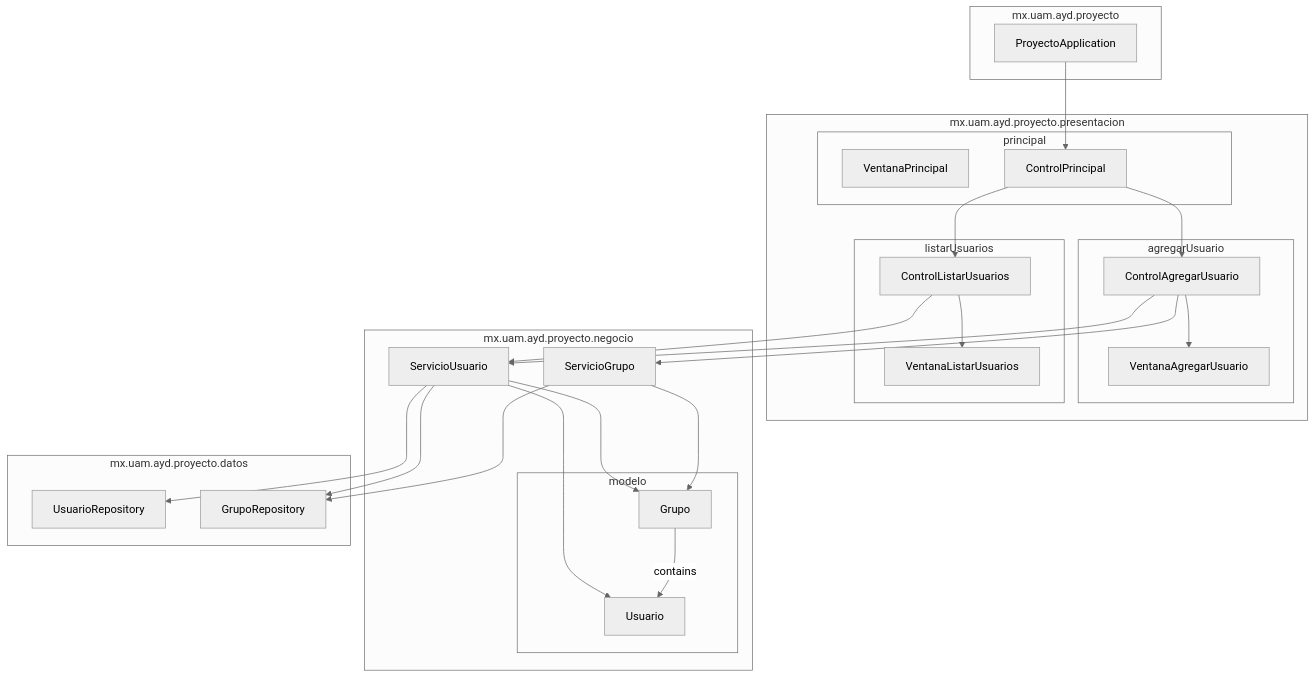
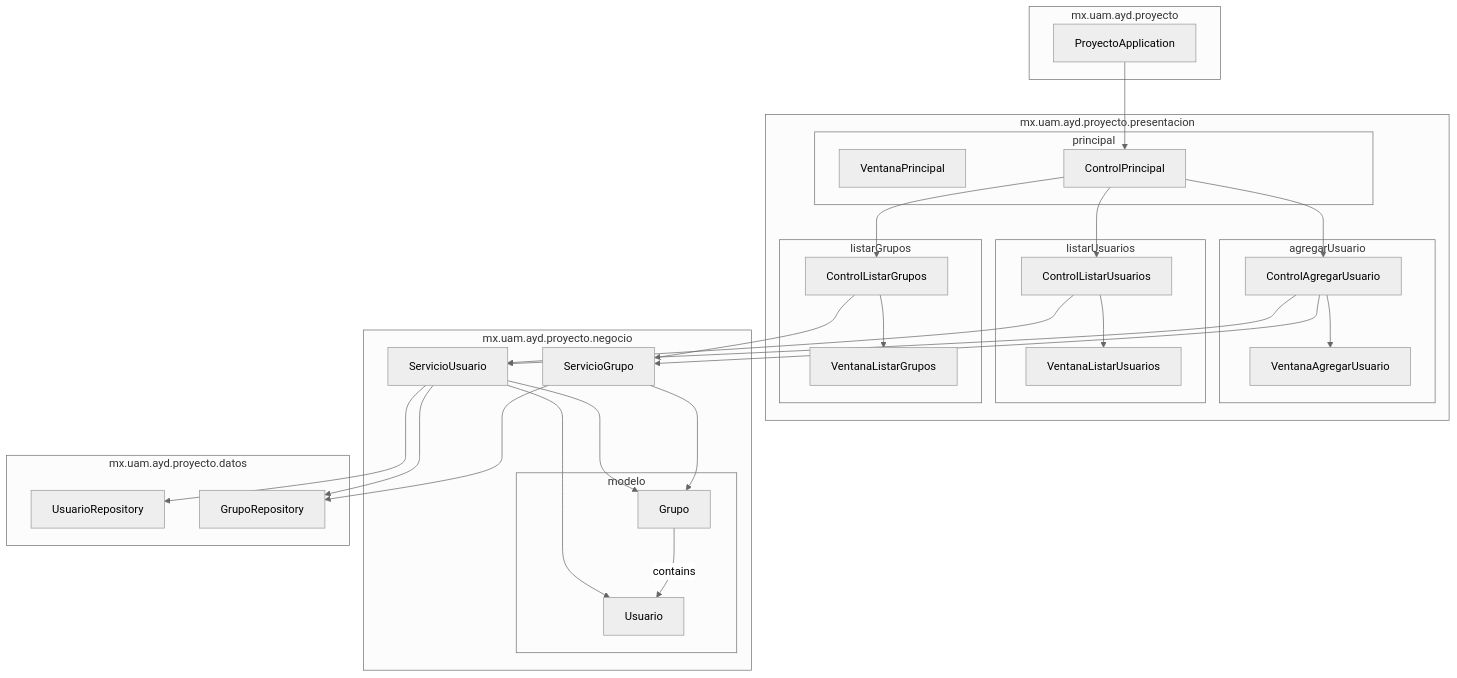
One commit to otrebmuh/AnalysisYDiseno changed the diagram in docs/PackageDiagram.md. Above: the diagram before and after it, drawn with Mermaid (neutral theme). The commit also changed other lines of this file and 12 other files, not shown here.

Commit message:
Added Listar Grupos

````diff
--- a/docs/PackageDiagram.md
+++ b/docs/PackageDiagram.md
@@ -5,61 +5,70 @@
 ```mermaid
 flowchart TB
     %% Definición de paquetes
     subgraph main ["mx.uam.ayd.proyecto"]
         ProyectoApplication["ProyectoApplication"]
     end
     
     subgraph presentacion ["mx.uam.ayd.proyecto.presentacion"]
         subgraph principal ["principal"]
             VentanaPrincipal["VentanaPrincipal"]
             ControlPrincipal["ControlPrincipal"]
         end
         
         subgraph agregarUsuario ["agregarUsuario"]
             VentanaAgregarUsuario["VentanaAgregarUsuario"]
             ControlAgregarUsuario["ControlAgregarUsuario"]
         end
         
         subgraph listarUsuarios ["listarUsuarios"]
             VentanaListarUsuarios["VentanaListarUsuarios"]
             ControlListarUsuarios["ControlListarUsuarios"]
         end
+
+        subgraph listarGrupos ["listarGrupos"]
+            VentanaListarGrupos["VentanaListarGrupos"]
+            ControlListarGrupos["ControlListarGrupos"]
+        end
     end
     
     subgraph negocio ["mx.uam.ayd.proyecto.negocio"]
         ServicioUsuario["ServicioUsuario"]
         ServicioGrupo["ServicioGrupo"]
         
         subgraph modelo ["modelo"]
             Usuario["Usuario"]
             Grupo["Grupo"]
         end
     end
     
     subgraph datos ["mx.uam.ayd.proyecto.datos"]
         UsuarioRepository["UsuarioRepository"]
         GrupoRepository["GrupoRepository"]
     end
     
     %% Relaciones entre clases
     ProyectoApplication --> ControlPrincipal
     ControlPrincipal --> ControlAgregarUsuario
     ControlPrincipal --> ControlListarUsuarios
+    ControlPrincipal --> ControlListarGrupos
     
     ControlAgregarUsuario --> VentanaAgregarUsuario
     ControlAgregarUsuario --> ServicioUsuario
     ControlAgregarUsuario --> ServicioGrupo
     
     ControlListarUsuarios --> VentanaListarUsuarios
     ControlListarUsuarios --> ServicioUsuario
+    
+    ControlListarGrupos --> VentanaListarGrupos
+    ControlListarGrupos --> ServicioGrupo
     
     ServicioUsuario --> UsuarioRepository
     ServicioUsuario --> GrupoRepository
     ServicioUsuario --> Usuario
     ServicioUsuario --> Grupo
     
     ServicioGrupo --> GrupoRepository
     ServicioGrupo --> Grupo
     
     Grupo -- "contains" --> Usuario
 ```
````
